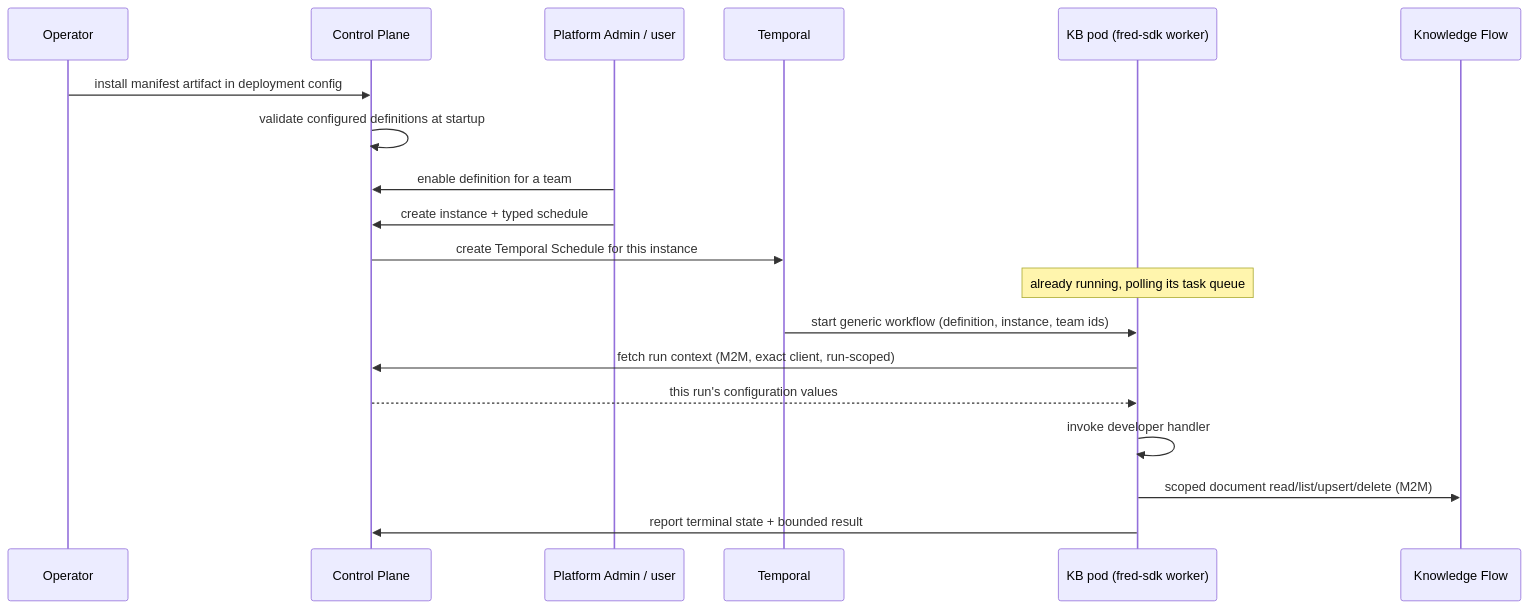
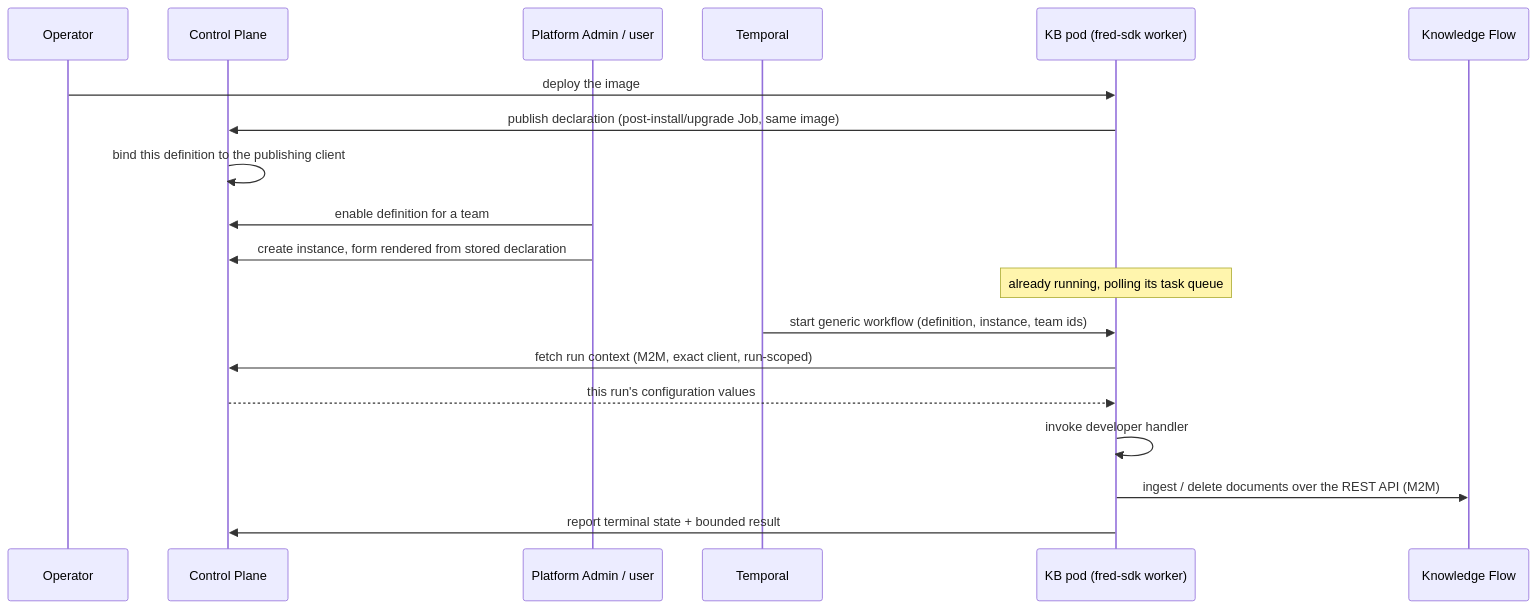
Before and after one commit to ThalesGroup/fred: the diagram in openspec/changes/knowledge-base-sdk-contract/design.md, drawn with Mermaid. The commit also changed other lines of this file and 70 other files, not shown here.

````diff
--- a/openspec/changes/knowledge-base-sdk-contract/design.md
+++ b/openspec/changes/knowledge-base-sdk-contract/design.md
@@ -65,23 +75,23 @@
 ```mermaid
 sequenceDiagram
     participant Op as Operator
     participant CP as Control Plane
     participant Admin as Platform Admin / user
     participant T as Temporal
     participant Pod as KB pod (fred-sdk worker)
     participant KF as Knowledge Flow
 
-    Op->>CP: install manifest artifact in deployment config
-    CP->>CP: validate configured definitions at startup
+    Op->>Pod: deploy the image
+    Pod->>CP: publish declaration (post-install/upgrade Job, same image)
+    CP->>CP: bind this definition to the publishing client
     Admin->>CP: enable definition for a team
-    Admin->>CP: create instance + typed schedule
-    CP->>T: create Temporal Schedule for this instance
+    Admin->>CP: create instance, form rendered from stored declaration
 
     Note over Pod: already running, polling its task queue
     T->>Pod: start generic workflow (definition, instance, team ids)
     Pod->>CP: fetch run context (M2M, exact client, run-scoped)
     CP-->>Pod: this run's configuration values
     Pod->>Pod: invoke developer handler
-    Pod->>KF: scoped document read/list/upsert/delete (M2M)
+    Pod->>KF: ingest / delete documents over the REST API (M2M)
     Pod->>CP: report terminal state + bounded result
 ```
````
